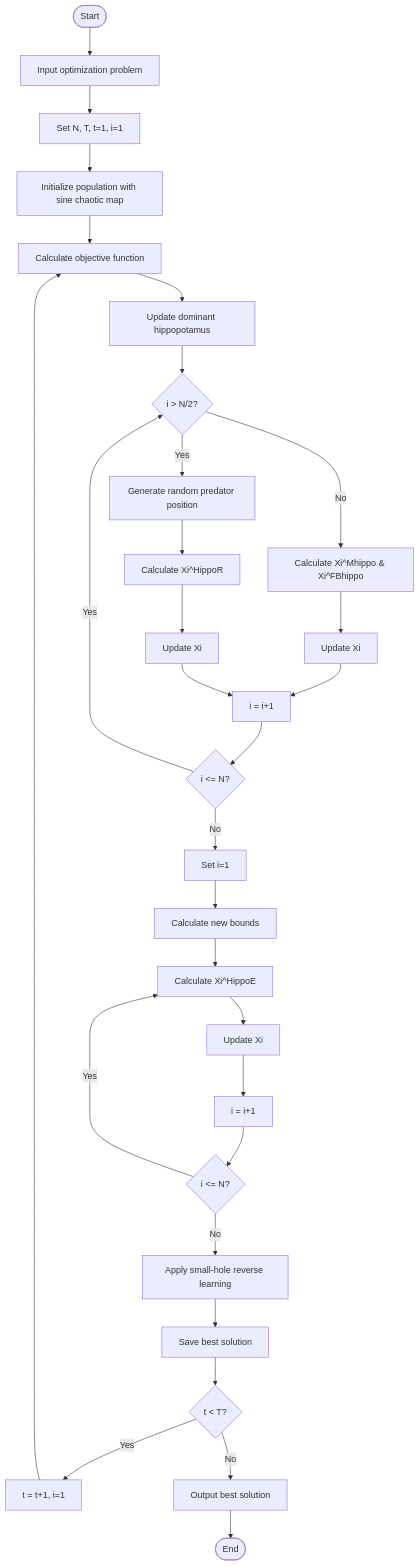
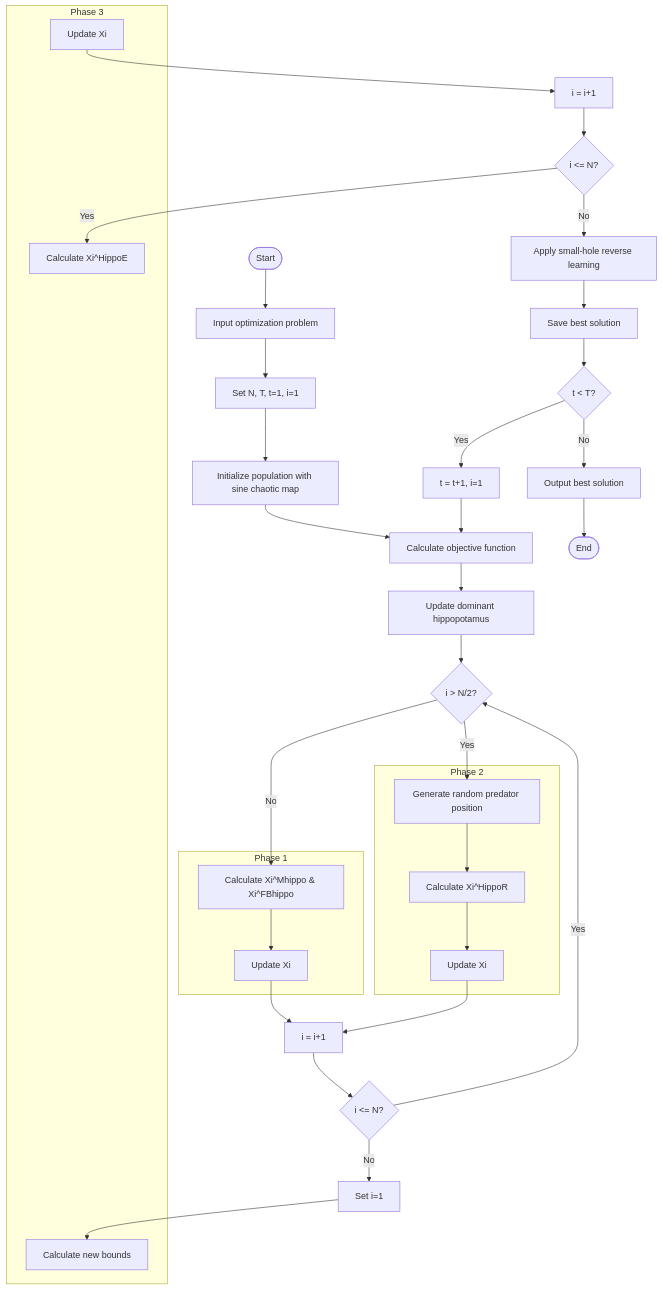
Before and after one commit to chrisracha/mermaid-sandbox: the fourth of 4 diagrams in README.md, drawn with Mermaid.

````diff
--- a/README.md
+++ b/README.md
@@ -174,33 +174,51 @@
 ```mermaid
 flowchart TD
 
-A([Start]) --> B[Input optimization problem]
-    B --> C[Set N, T, t=1, i=1]
-    C --> D[Initialize population with sine chaotic map]
-    D --> E[Calculate objective function]
-    E --> F[Update dominant hippopotamus]
-    F --> G{i > N/2?}
-    G -->|No| H[Calculate Xi^Mhippo & Xi^FBhippo]
-    H --> I[Update Xi]
-    I --> K
-    G -->|Yes| L[Generate random predator position]
-    L --> M[Calculate Xi^HippoR]
-    M --> N[Update Xi]
-    N --> K
-    K[i = i+1] --> P{i <= N?}
-    P -->|Yes| G
-    P -->|No| Q[Set i=1]
-    Q --> R[Calculate new bounds]
-    R --> S[Calculate Xi^HippoE]
-    S --> T[Update Xi]
-    T --> U[i = i+1]
-    U --> V{i <= N?}
-    V -->|Yes| S
-    V -->|No| W[Apply small-hole reverse learning]
-    W --> X[Save best solution]
-    X --> Y{t < T?}
-    Y -->|Yes| Z[t = t+1, i=1]
-    Z --> E
-    Y -->|No| AA[Output best solution]
-    AA --> AB([End])
+  A([Start]) --> B[Input optimization problem]
+  B --> C[Set N, T, t=1, i=1]
+  C --> D[Initialize population with sine chaotic map]
+  D --> E[Calculate objective function]
+  E --> F[Update dominant hippopotamus]
+  F --> G{i > N/2?}
+
+  subgraph Phase 1
+    H[Calculate Xi^Mhippo & Xi^FBhippo]
+    I[Update Xi]
+  end
+
+  subgraph Phase 2
+    L[Generate random predator position]
+    M[Calculate Xi^HippoR]
+    N[Update Xi]
+  end
+
+  subgraph Phase 3
+    R[Calculate new bounds]
+    S[Calculate Xi^HippoE]
+    T[Update Xi]
+  end
+
+  G -->|No| H
+  H --> I
+  I --> K
+  G -->|Yes| L
+  L --> M
+  M --> N
+  N --> K
+
+  K[i = i+1] --> P{i <= N?}
+  P -->|Yes| G
+  P -->|No| Q[Set i=1]
+
+  Q --> R
+  T --> U[i = i+1]
+  U --> V{i <= N?}
+  V -->|Yes| S
+  V -->|No| W[Apply small-hole reverse learning]
+  W --> X[Save best solution]
+  X --> Y{t < T?}
+  Y -->|Yes| Z[t = t+1, i=1]
+  Z --> E
+  Y -->|No| AA[Output best solution]
+  AA --> AB([End])
 ```
````
